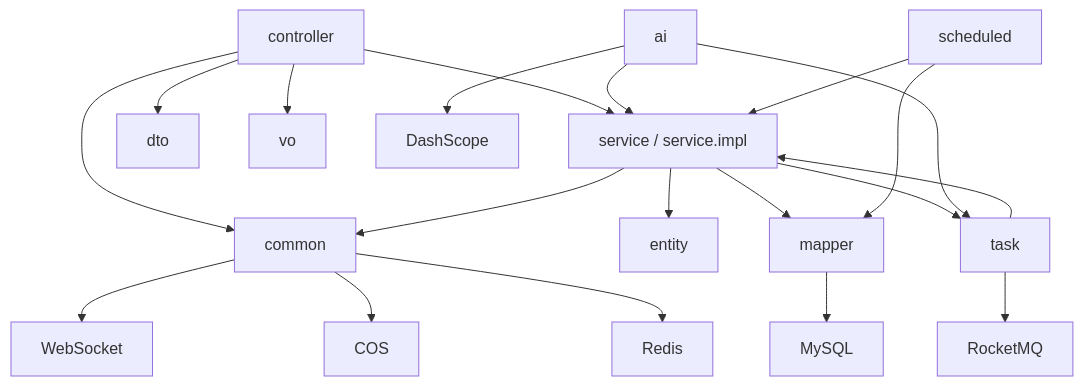
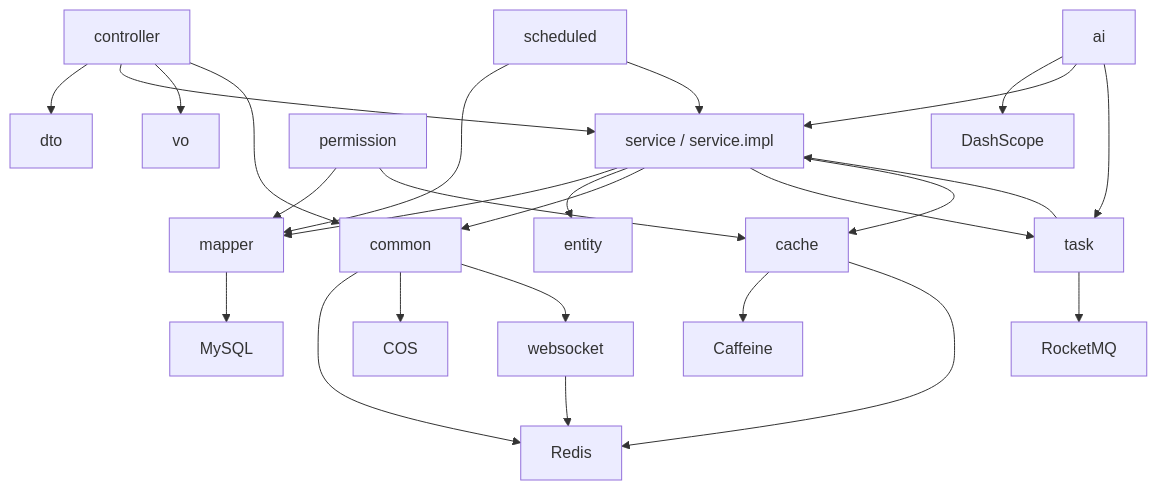
The eighth of 8 diagrams in model/uml_diagrams.md (FishDuM/AI.Image.Material.Collaboration.Platform), drawn with Mermaid before and after one commit. The commit also changed other lines of this file and 5 other files, not shown here.

````diff
--- a/model/uml_diagrams.md
+++ b/model/uml_diagrams.md
@@ -717,39 +896,48 @@
 ```mermaid
 flowchart TD
     Controller["controller"]
     Service["service / service.impl"]
     Mapper["mapper"]
     Entity["entity"]
     DTO["dto"]
     VO["vo"]
     Common["common"]
+    Cache["cache"]
     Scheduled["scheduled"]
     AI["ai"]
     Task["task"]
+    Permission["permission"]
+    WS["websocket"]
     DB["MySQL"]
     Redis["Redis"]
+    Caffeine["Caffeine"]
     COS["COS"]
     DashScope["DashScope"]
     MQ["RocketMQ"]
-    WS["WebSocket"]
 
     Controller --> DTO
     Controller --> Service
     Controller --> VO
     Controller --> Common
     Service --> Mapper
     Service --> Entity
     Service --> Common
     Service --> Task
+    Service --> Cache
+    Permission --> Mapper
+    Permission --> Cache
     Mapper --> DB
     Common --> Redis
     Common --> COS
     Common --> WS
+    Cache --> Caffeine
+    Cache --> Redis
     AI --> DashScope
     AI --> Service
     AI --> Task
     Scheduled --> Mapper
     Scheduled --> Service
     Task --> MQ
     Task --> Service
+    WS --> Redis
 ```
````
